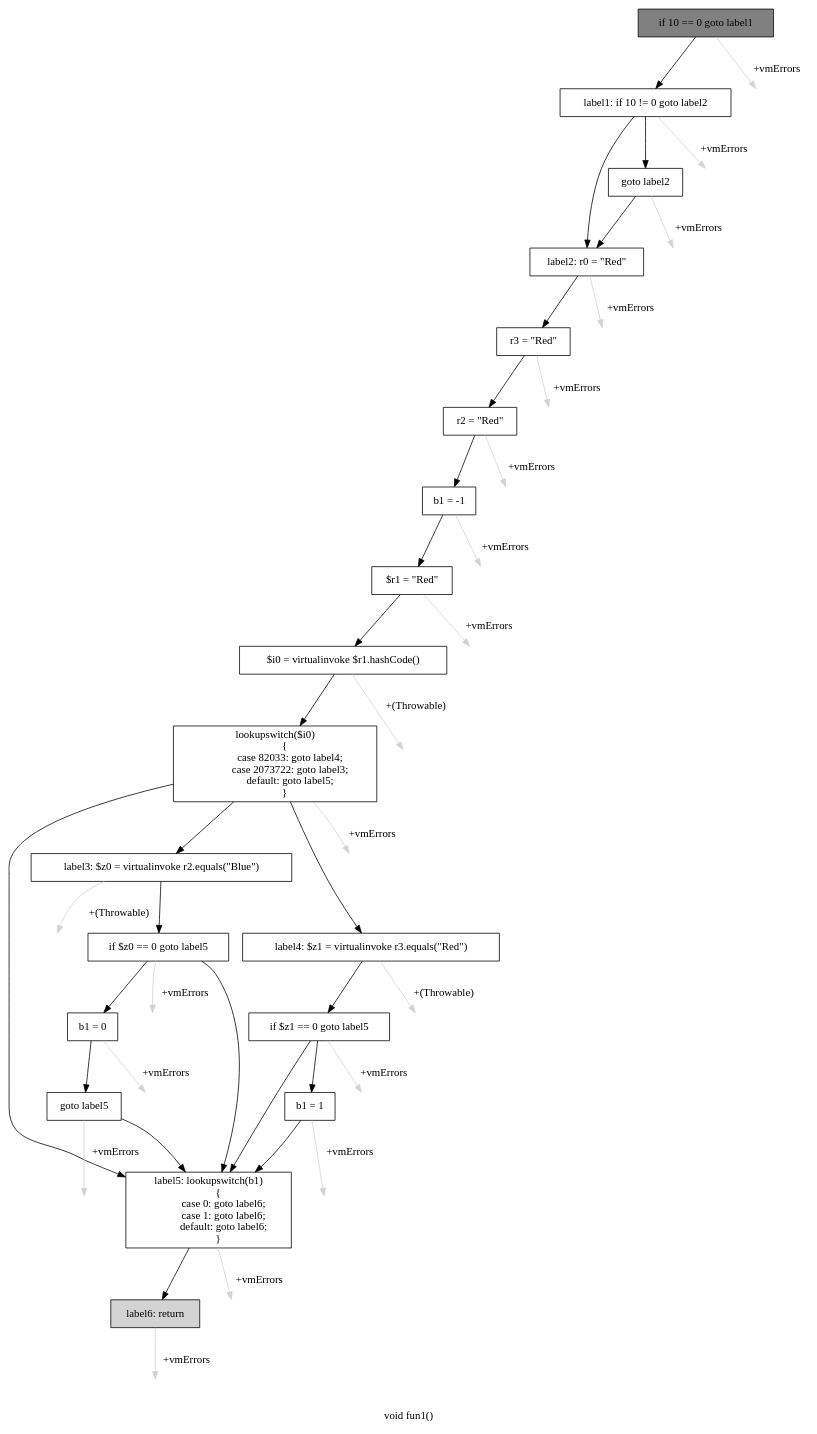
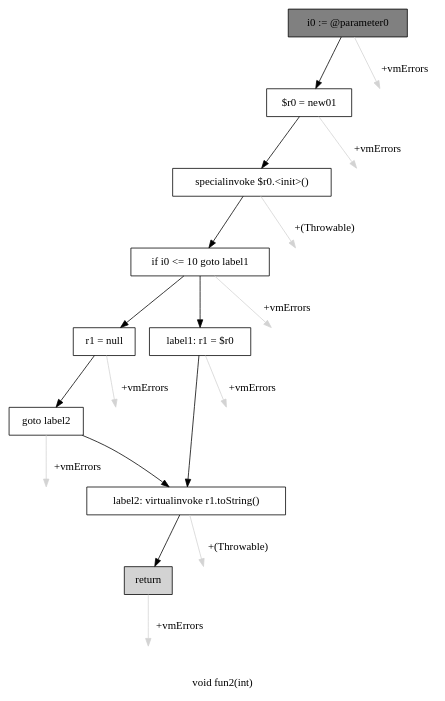
The diagram in cfg.dot (khushit-shah/PointsToAnalysisJava), drawn with Graphviz before and after one commit. The commit also changed 9 other files, not shown here.

```diff
--- a/cfg.dot
+++ b/cfg.dot
@@ -1,84 +1,40 @@
-digraph "void fun1()" {
-    label="void fun1()";
+digraph "void fun2(int)" {
+    label="void fun2(int)";
     node [shape=box];
-    "0" [style=filled,fillcolor=gray,label="if 10 == 0 goto label1",];
-    "1" [label="label1: if 10 != 0 goto label2",];
+    "0" [style=filled,fillcolor=gray,label="i0 := @parameter0",];
+    "1" [label="$r0 = new01",];
     "0"->"1" [color=black,];
-    "19" [style=invis,label="Esc",];
-    "0"->"19" [color=lightgray,label="\l+vmErrors",];
-    "2" [label="goto label2",];
+    "9" [style=invis,label="Esc",];
+    "0"->"9" [color=lightgray,label="\l+vmErrors",];
+    "2" [label="specialinvoke $r0.<init>()",];
     "1"->"2" [color=black,];
-    "3" [label="label2: r0 = \"Red\"",];
-    "1"->"3" [color=black,];
-    "20" [style=invis,label="Esc",];
-    "1"->"20" [color=lightgray,label="\l+vmErrors",];
+    "10" [style=invis,label="Esc",];
+    "1"->"10" [color=lightgray,label="\l+vmErrors",];
+    "3" [label="if i0 <= 10 goto label1",];
     "2"->"3" [color=black,];
-    "21" [style=invis,label="Esc",];
-    "2"->"21" [color=lightgray,label="\l+vmErrors",];
-    "4" [label="r3 = \"Red\"",];
+    "11" [style=invis,label="Esc",];
+    "2"->"11" [color=lightgray,label="\l+(Throwable)",];
+    "4" [label="r1 = null",];
     "3"->"4" [color=black,];
-    "22" [style=invis,label="Esc",];
-    "3"->"22" [color=lightgray,label="\l+vmErrors",];
-    "5" [label="r2 = \"Red\"",];
+    "6" [label="label1: r1 = $r0",];
+    "3"->"6" [color=black,];
+    "12" [style=invis,label="Esc",];
+    "3"->"12" [color=lightgray,label="\l+vmErrors",];
+    "5" [label="goto label2",];
     "4"->"5" [color=black,];
-    "23" [style=invis,label="Esc",];
-    "4"->"23" [color=lightgray,label="\l+vmErrors",];
-    "6" [label="b1 = -1",];
-    "5"->"6" [color=black,];
-    "24" [style=invis,label="Esc",];
-    "5"->"24" [color=lightgray,label="\l+vmErrors",];
-    "7" [label="$r1 = \"Red\"",];
+    "13" [style=invis,label="Esc",];
+    "4"->"13" [color=lightgray,label="\l+vmErrors",];
+    "7" [label="label2: virtualinvoke r1.toString()",];
+    "5"->"7" [color=black,];
+    "14" [style=invis,label="Esc",];
+    "5"->"14" [color=lightgray,label="\l+vmErrors",];
     "6"->"7" [color=black,];
-    "25" [style=invis,label="Esc",];
-    "6"->"25" [color=lightgray,label="\l+vmErrors",];
-    "8" [label="$i0 = virtualinvoke $r1.hashCode()",];
+    "15" [style=invis,label="Esc",];
+    "6"->"15" [color=lightgray,label="\l+vmErrors",];
+    "8" [style=filled,fillcolor=lightgray,label="return",];
     "7"->"8" [color=black,];
-    "26" [style=invis,label="Esc",];
-    "7"->"26" [color=lightgray,label="\l+vmErrors",];
-    "9" [label="lookupswitch($i0)\n        {\n            case 82033: goto label4;\n            case 2073722: goto label3;\n            default: goto label5;\n        }",];
-    "8"->"9" [color=black,];
-    "27" [style=invis,label="Esc",];
-    "8"->"27" [color=lightgray,label="\l+(Throwable)",];
-    "10" [label="label3: $z0 = virtualinvoke r2.equals(\"Blue\")",];
-    "9"->"10" [color=black,];
-    "14" [label="label4: $z1 = virtualinvoke r3.equals(\"Red\")",];
-    "9"->"14" [color=black,];
-    "17" [label="label5: lookupswitch(b1)\n        {\n            case 0: goto label6;\n            case 1: goto label6;\n            default: goto label6;\n        }",];
-    "9"->"17" [color=black,];
-    "28" [style=invis,label="Esc",];
-    "9"->"28" [color=lightgray,label="\l+vmErrors",];
-    "11" [label="if $z0 == 0 goto label5",];
-    "10"->"11" [color=black,];
-    "29" [style=invis,label="Esc",];
-    "10"->"29" [color=lightgray,label="\l+(Throwable)",];
-    "12" [label="b1 = 0",];
-    "11"->"12" [color=black,];
-    "11"->"17" [color=black,];
-    "30" [style=invis,label="Esc",];
-    "11"->"30" [color=lightgray,label="\l+vmErrors",];
-    "13" [label="goto label5",];
-    "12"->"13" [color=black,];
-    "31" [style=invis,label="Esc",];
-    "12"->"31" [color=lightgray,label="\l+vmErrors",];
-    "13"->"17" [color=black,];
-    "32" [style=invis,label="Esc",];
-    "13"->"32" [color=lightgray,label="\l+vmErrors",];
-    "15" [label="if $z1 == 0 goto label5",];
-    "14"->"15" [color=black,];
-    "33" [style=invis,label="Esc",];
-    "14"->"33" [color=lightgray,label="\l+(Throwable)",];
-    "16" [label="b1 = 1",];
-    "15"->"16" [color=black,];
-    "15"->"17" [color=black,];
-    "34" [style=invis,label="Esc",];
-    "15"->"34" [color=lightgray,label="\l+vmErrors",];
-    "16"->"17" [color=black,];
-    "35" [style=invis,label="Esc",];
-    "16"->"35" [color=lightgray,label="\l+vmErrors",];
-    "18" [style=filled,fillcolor=lightgray,label="label6: return",];
-    "17"->"18" [color=black,];
-    "36" [style=invis,label="Esc",];
-    "17"->"36" [color=lightgray,label="\l+vmErrors",];
-    "37" [style=invis,label="Esc",];
-    "18"->"37" [color=lightgray,label="\l+vmErrors",];
+    "16" [style=invis,label="Esc",];
+    "7"->"16" [color=lightgray,label="\l+(Throwable)",];
+    "17" [style=invis,label="Esc",];
+    "8"->"17" [color=lightgray,label="\l+vmErrors",];
 }
```
